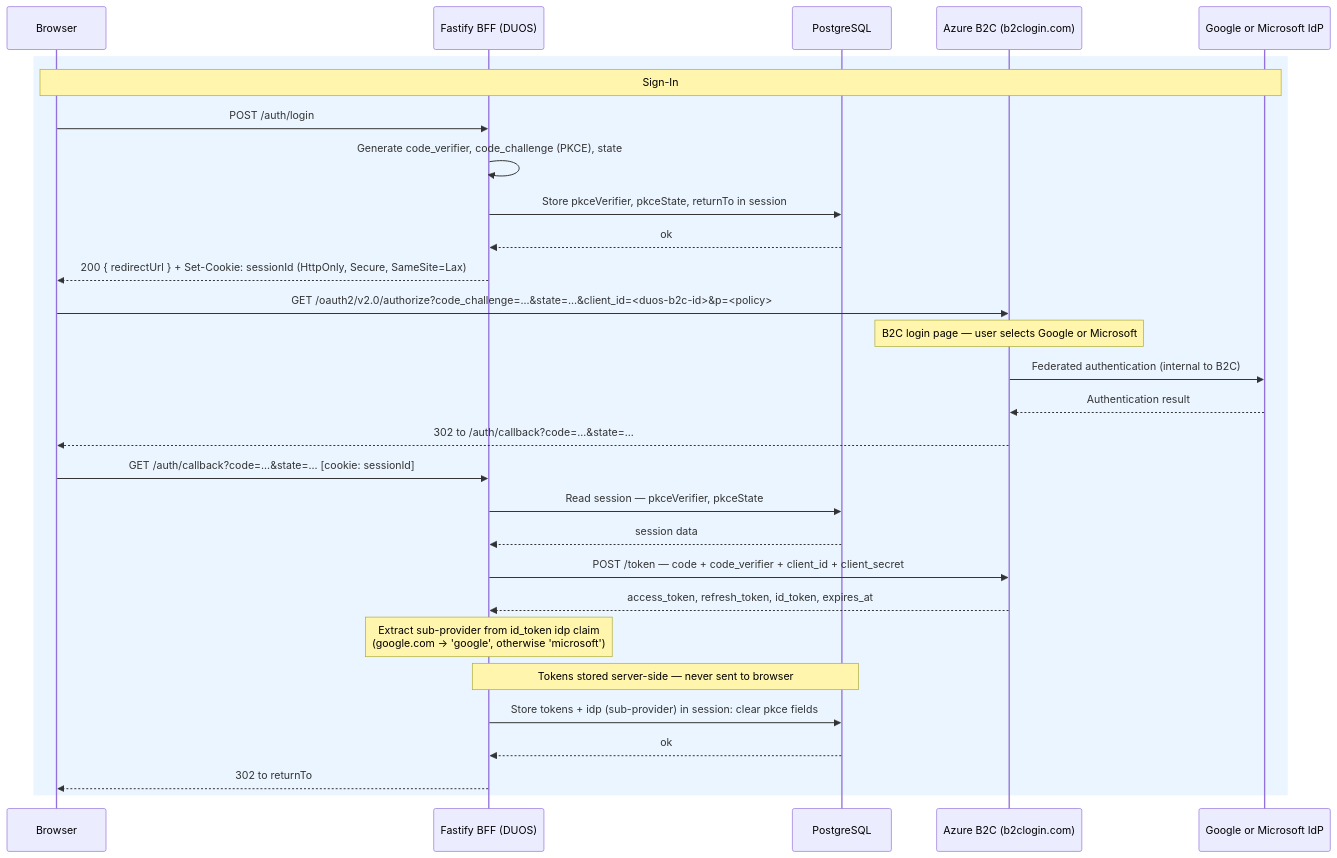
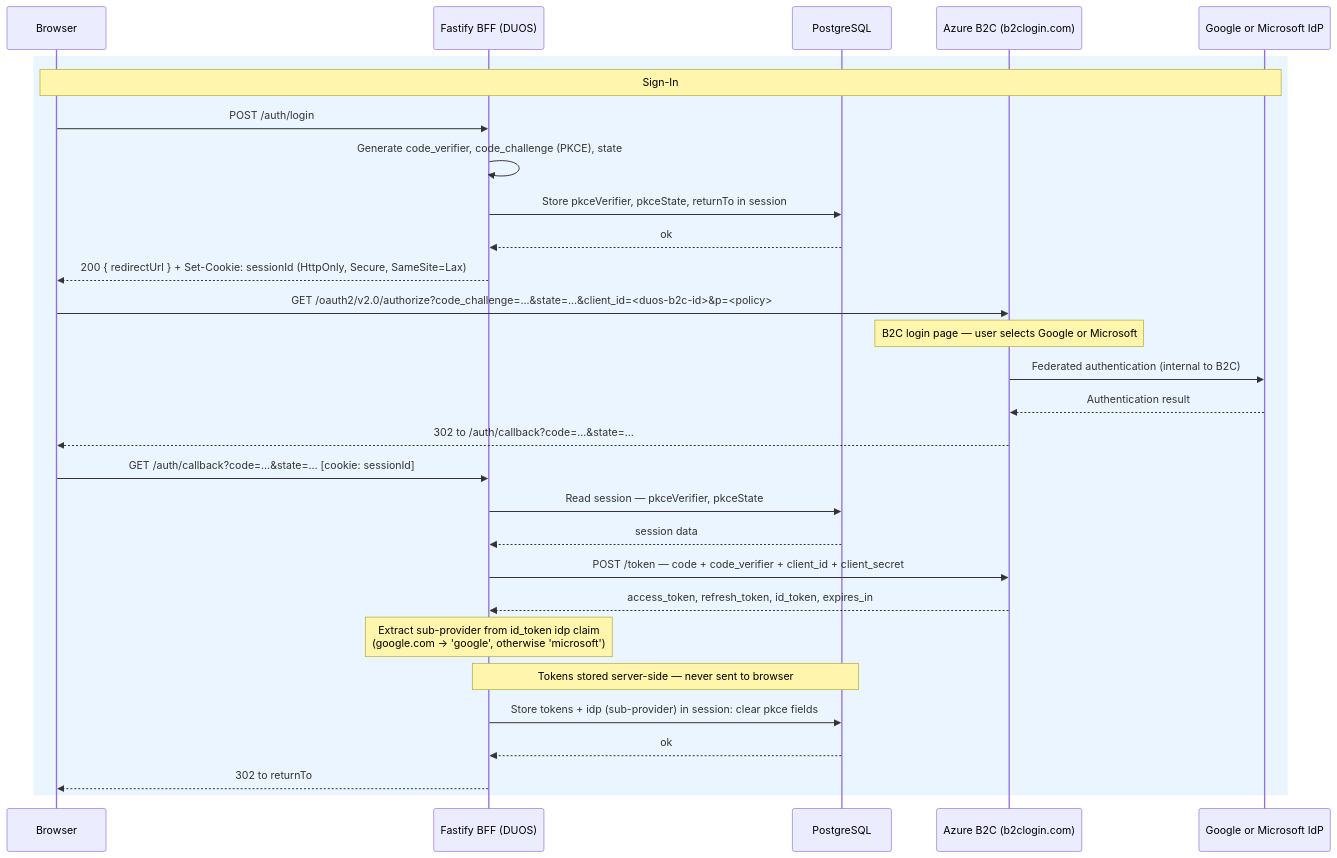
The first of 3 diagrams in docs/plans/BFF_Overview.md (DataBiosphere/duos-ui), drawn with Mermaid before and after one commit. The commit also changed other lines of this file, not shown here.

````diff
--- a/docs/plans/BFF_Overview.md
+++ b/docs/plans/BFF_Overview.md
@@ -124,35 +124,35 @@
 ```mermaid
 sequenceDiagram
     participant B   as Browser
     participant BFF as Fastify BFF (DUOS)
     participant PG  as PostgreSQL
     participant B2C as Azure B2C (b2clogin.com)
     participant IdP as Google or Microsoft IdP
 
     rect rgb(235, 245, 255)
         Note over B,IdP: Sign-In
 
         B->>BFF: POST /auth/login
         BFF->>BFF: Generate code_verifier, code_challenge (PKCE), state
         BFF->>PG: Store pkceVerifier, pkceState, returnTo in session
         PG-->>BFF: ok
         BFF-->>B: 200 { redirectUrl } + Set-Cookie: sessionId (HttpOnly, Secure, SameSite=Lax)
 
         B->>B2C: GET /oauth2/v2.0/authorize?code_challenge=...&state=...&client_id=<duos-b2c-id>&p=<policy>
         Note over B2C: B2C login page — user selects Google or Microsoft
         B2C->>IdP: Federated authentication (internal to B2C)
         IdP-->>B2C: Authentication result
         B2C-->>B: 302 to /auth/callback?code=...&state=...
 
         B->>BFF: GET /auth/callback?code=...&state=... [cookie: sessionId]
         BFF->>PG: Read session — pkceVerifier, pkceState
         PG-->>BFF: session data
         BFF->>B2C: POST /token — code + code_verifier + client_id + client_secret
-        B2C-->>BFF: access_token, refresh_token, id_token, expires_at
+        B2C-->>BFF: access_token, refresh_token, id_token, expires_in
         Note over BFF: Extract sub-provider from id_token idp claim<br/>(google.com → 'google', otherwise 'microsoft')
         Note over BFF,PG: Tokens stored server-side — never sent to browser
         BFF->>PG: Store tokens + idp (sub-provider) in session: clear pkce fields
         PG-->>BFF: ok
         BFF-->>B: 302 to returnTo
     end
 ```
````
